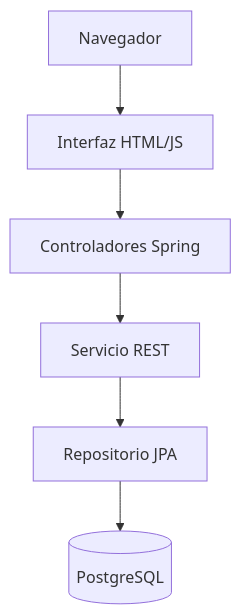
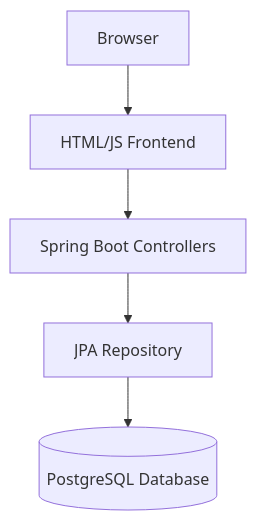
The diagram in README.md (YerayAR/JSF_H_Spring), drawn with Mermaid before and after one commit. The commit also changed other lines of this file and 19 other files, not shown here.

````diff
--- a/README.md
+++ b/README.md
@@ -132,8 +122,7 @@
 ```mermaid
 graph TD
-    A[Navegador] --> B[Interfaz HTML/JS]
-    B --> C[Controladores Spring]
-    C --> D[Servicio REST]
-    D --> E[Repositorio JPA]
-    E --> F[(PostgreSQL)]
+    A[Browser] --> B[HTML/JS Frontend]
+    B --> C[Spring Boot Controllers]
+    C --> D[JPA Repository]
+    D --> E[(PostgreSQL Database)]
 ```
````
